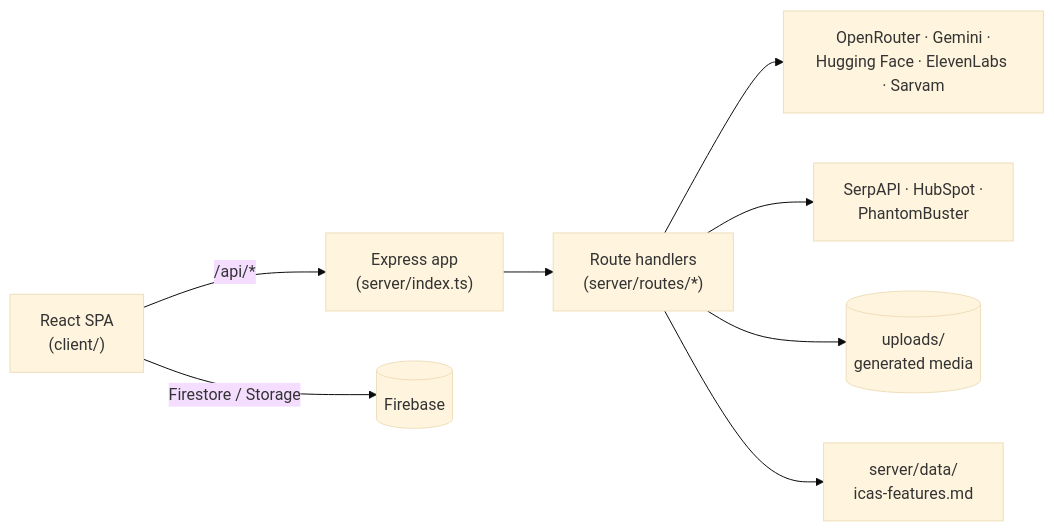
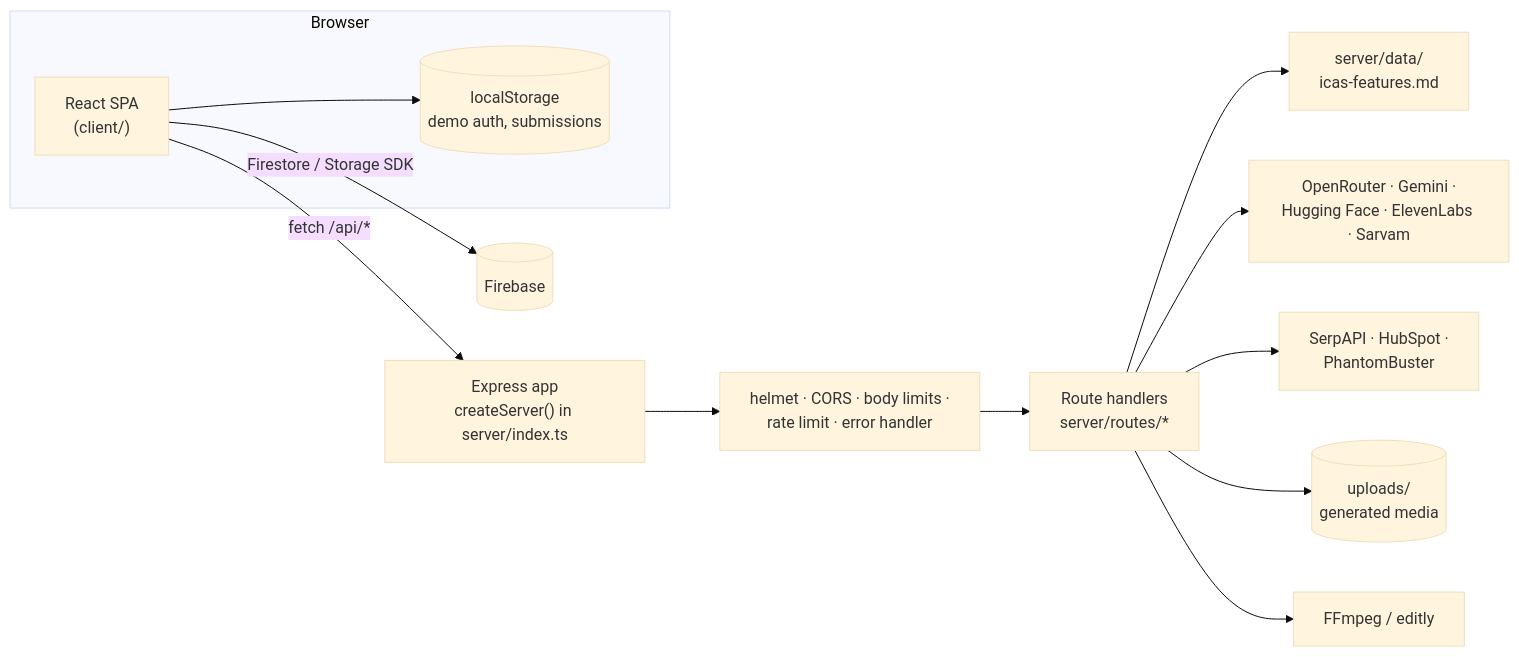
Before and after one commit to jeevithg090/ICAS-Presentation: the diagram in README.md, drawn with Mermaid (base theme). The commit also changed other lines of this file, not shown here.

First line of the commit message:
docs: expand the README with screenshots, setup, configuration, API and FAQ

````diff
--- a/README.md
+++ b/README.md
@@ -65,10 +151,17 @@
 ```mermaid
 graph LR
-    Browser["React SPA<br/>(client/)"] -->|/api/*| API["Express app<br/>(server/index.ts)"]
-    Browser -->|Firestore / Storage| Firebase[(Firebase)]
-    API --> Routes["Route handlers<br/>(server/routes/*)"]
+    subgraph Browser
+        SPA["React SPA<br/>(client/)"]
+        LS[("localStorage<br/>demo auth, submissions")]
+    end
+    SPA --> LS
+    SPA -->|"fetch /api/*"| API["Express app<br/>createServer() in server/index.ts"]
+    SPA -->|"Firestore / Storage SDK"| Firebase[("Firebase")]
+    API --> MW["helmet · CORS · body limits ·<br/>rate limit · error handler"]
+    MW --> Routes["Route handlers<br/>server/routes/*"]
+    Routes --> KB["server/data/<br/>icas-features.md"]
     Routes --> AI["OpenRouter · Gemini ·<br/>Hugging Face · ElevenLabs · Sarvam"]
     Routes --> Outreach["SerpAPI · HubSpot ·<br/>PhantomBuster"]
     Routes --> FS[("uploads/<br/>generated media")]
-    Routes --> KB["server/data/<br/>icas-features.md"]
+    Routes --> FF["FFmpeg / editly"]
 ```
````
